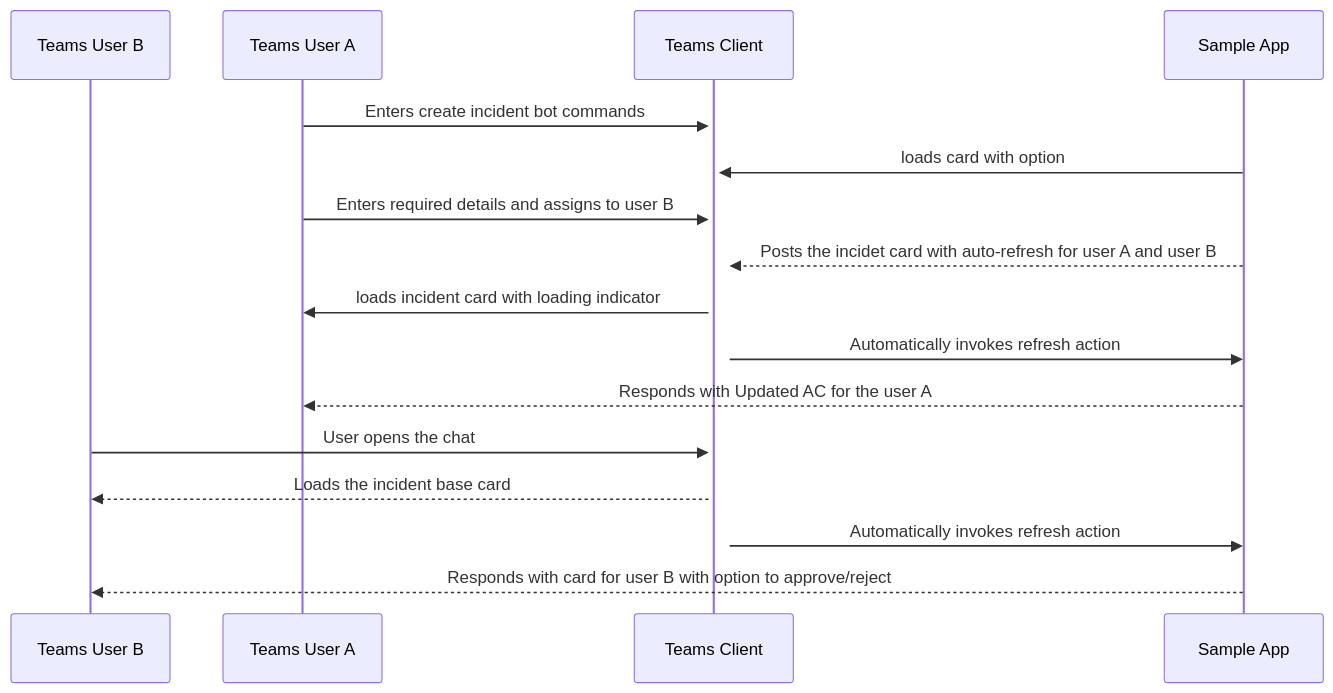
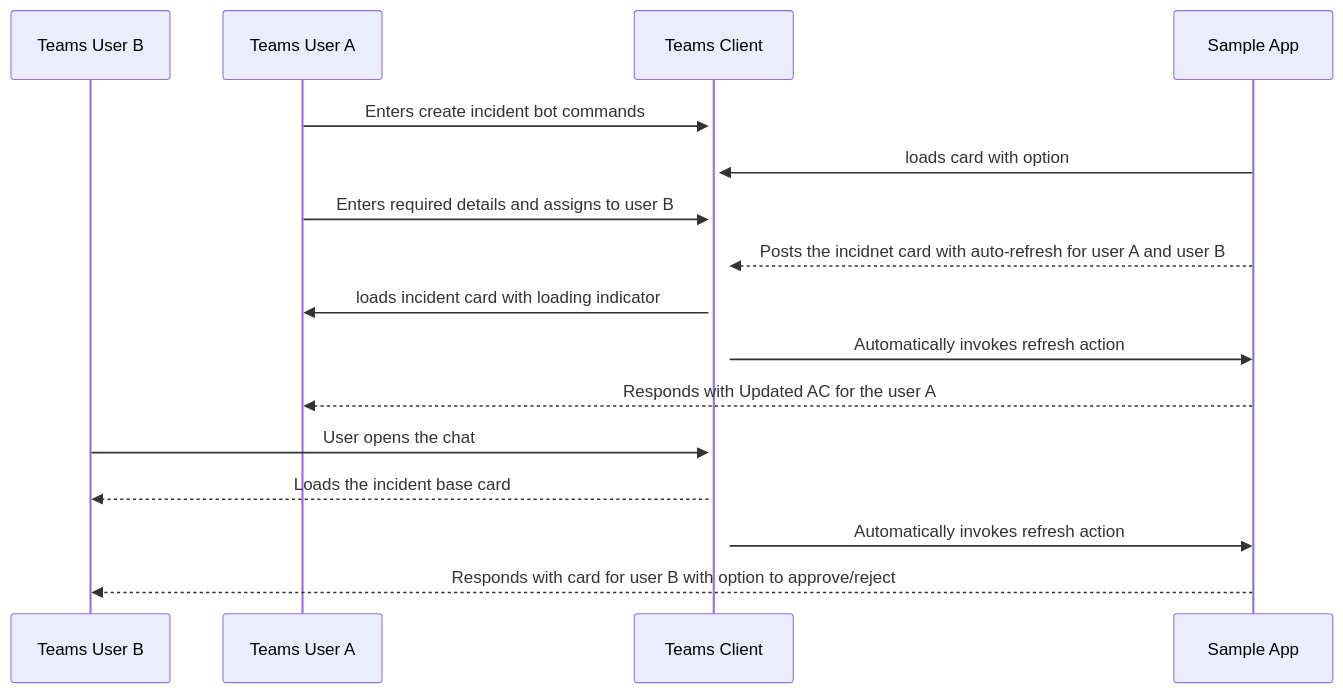
Before and after one commit to OfficeDev/Microsoft-Teams-Samples: the first of 2 diagrams in samples/bot-sequential-flow-adaptive-cards/python/README.md, drawn with Mermaid. The commit also changed other lines of this file and 2 other files, not shown here.

````diff
--- a/samples/bot-sequential-flow-adaptive-cards/python/README.md
+++ b/samples/bot-sequential-flow-adaptive-cards/python/README.md
@@ -122,17 +122,17 @@
 ```mermaid
 sequenceDiagram
     participant Teams User B    
     participant Teams User A
     participant Teams Client
     Teams User A->>+Teams Client: Enters create incident bot commands
     Sample App->>+Teams Client: loads card with option 
     Teams User A->>+Teams Client: Enters required details and assigns to user B
-    Sample App-->>Teams Client: Posts the incidet card with auto-refresh for user A and user B
+    Sample App-->>Teams Client: Posts the incidnet card with auto-refresh for user A and user B
     Teams Client->>Teams User A: loads incident card with loading indicator 
     Teams Client->>Sample App: Automatically invokes refresh action
     Sample App-->>Teams User A: Responds with Updated AC for the user A
     Teams User B->>Teams Client: User opens the chat
     Teams Client-->>Teams User B: Loads the incident base card
     Teams Client->>Sample App: Automatically invokes refresh action
     Sample App-->>Teams User B: Responds with card for user B with option to approve/reject
 ```
````
